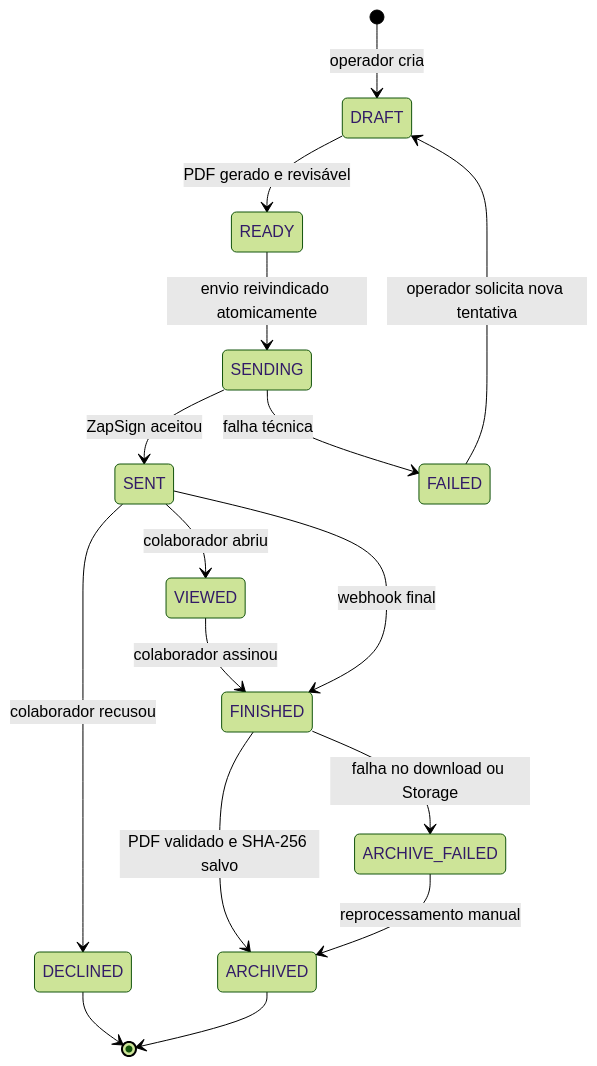
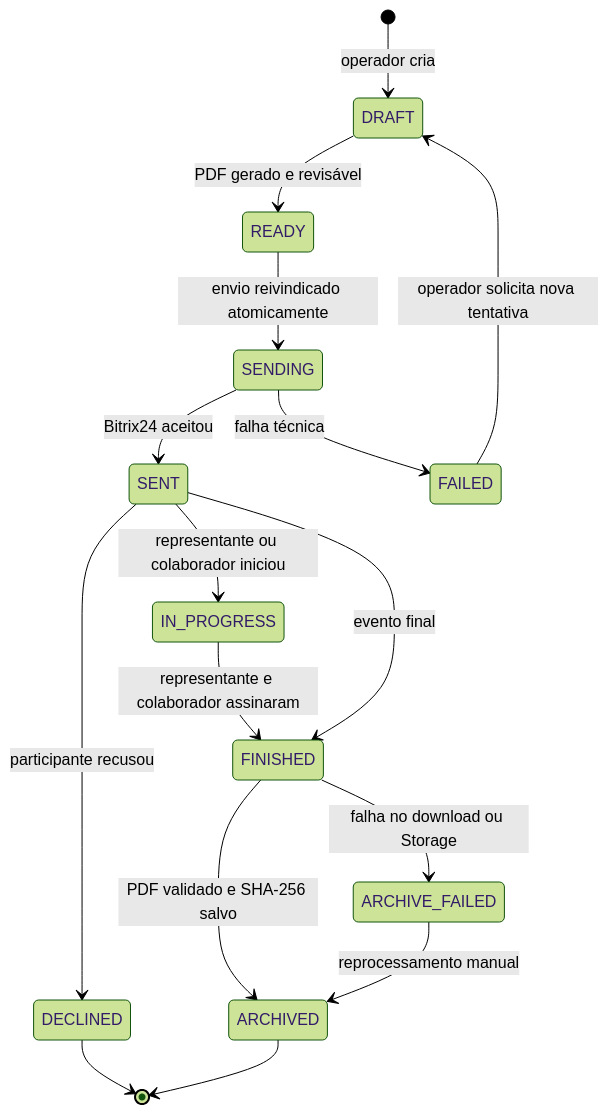
One commit to LucasNicotari/fortatech-termos-responsabilidade changed the third of 3 diagrams in docs/architecture.md. Above: the diagram before and after it, drawn with Mermaid (forest theme). The commit also changed other lines of this file and 18 other files, not shown here.

````diff
--- a/docs/architecture.md
+++ b/docs/architecture.md
@@ -101,18 +110,18 @@
 ```mermaid
 stateDiagram-v2
   [*] --> DRAFT: operador cria
   DRAFT --> READY: PDF gerado e revisável
   READY --> SENDING: envio reivindicado atomicamente
-  SENDING --> SENT: ZapSign aceitou
+  SENDING --> SENT: Bitrix24 aceitou
   SENDING --> FAILED: falha técnica
   FAILED --> DRAFT: operador solicita nova tentativa
-  SENT --> VIEWED: colaborador abriu
-  SENT --> DECLINED: colaborador recusou
-  VIEWED --> FINISHED: colaborador assinou
-  SENT --> FINISHED: webhook final
+  SENT --> IN_PROGRESS: representante ou colaborador iniciou
+  SENT --> DECLINED: participante recusou
+  IN_PROGRESS --> FINISHED: representante e colaborador assinaram
+  SENT --> FINISHED: evento final
   FINISHED --> ARCHIVED: PDF validado e SHA-256 salvo
   FINISHED --> ARCHIVE_FAILED: falha no download ou Storage
   ARCHIVE_FAILED --> ARCHIVED: reprocessamento manual
   DECLINED --> [*]
   ARCHIVED --> [*]
 ```
````
